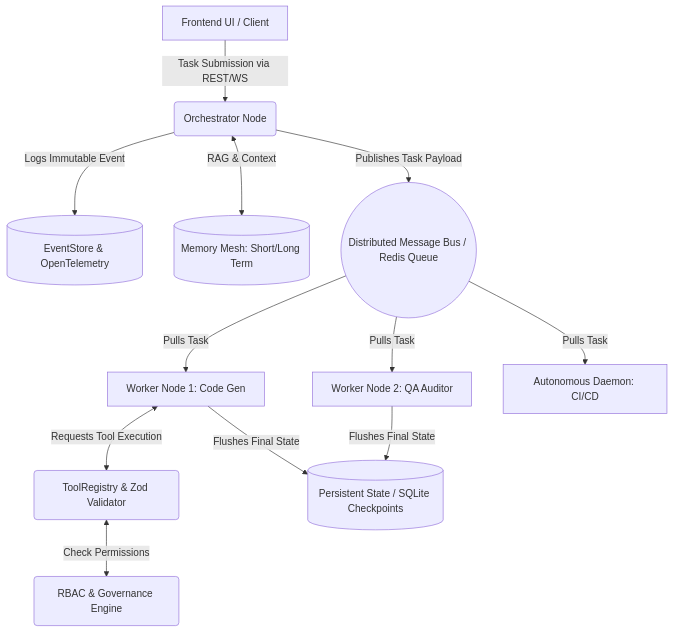
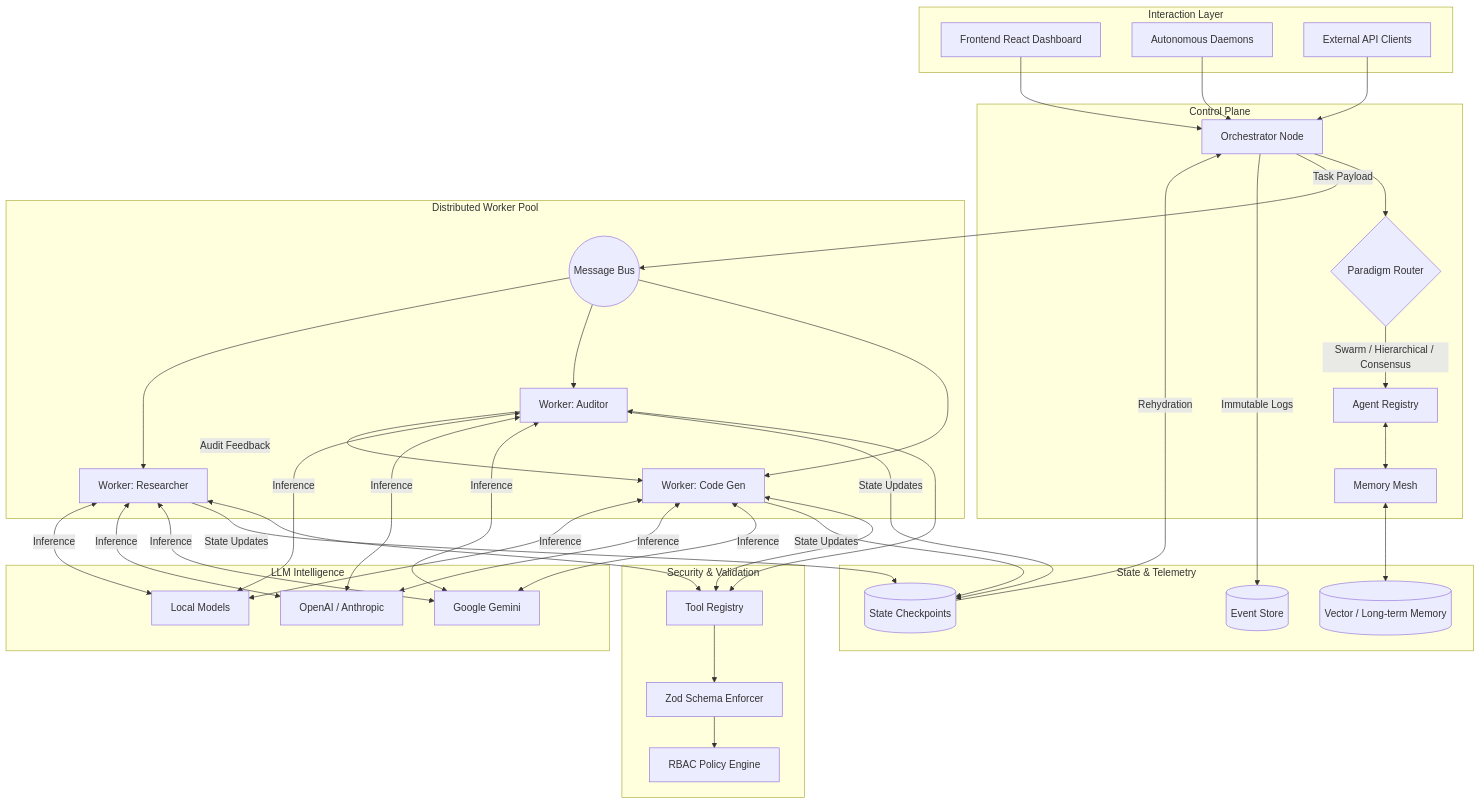
The diagram in README.md (vinoth2vinoth/Orchestra), drawn with Mermaid before and after one commit. The commit also changed other lines of this file and 8 other files, not shown here.

````diff
--- a/README.md
+++ b/README.md
@@ -65,24 +65,61 @@
 ```mermaid
-graph TD;
-    A[Frontend UI / Client] -->|Task Submission via REST/WS| B(Orchestrator Node);
+graph TB
+    subgraph Client_Layer [Interaction Layer]
+        A[Frontend React Dashboard]
+        B[Autonomous Daemons]
+        C[External API Clients]
+    end
 
-    %% Event Sourcing & Memory
-    B -->|Logs Immutable Event| C[(EventStore & OpenTelemetry)];
-    B <-->|RAG & Context| M[(Memory Mesh: Short/Long Term)];
+    subgraph Orchestration_Layer [Control Plane]
+        D[Orchestrator Node]
+        E{Paradigm Router}
+        F[Agent Registry]
+        G[Memory Mesh]
+    end
 
-    %% Message Queue
-    B -->|Publishes Task Payload| D((Distributed Message Bus / Redis Queue));
+    subgraph Execution_Layer [Distributed Worker Pool]
+        H((Message Bus))
+        I[Worker: Code Gen]
+        J[Worker: Auditor]
+        K[Worker: Researcher]
+    end
 
-    %% Execution Layer
-    D -->|Pulls Task| E[Worker Node 1: Code Gen];
-    D -->|Pulls Task| F[Worker Node 2: QA Auditor];
-    D -->|Pulls Task| G[Autonomous Daemon: CI/CD];
+    subgraph Governance_Layer [Security & Validation]
+        L[Tool Registry]
+        M[Zod Schema Enforcer]
+        N[RBAC Policy Engine]
+    end
 
-    %% Tool & Governance Verification
-    E <-->|Requests Tool Execution| H(ToolRegistry & Zod Validator);
-    H <-->|Check Permissions| S(RBAC & Governance Engine);
+    subgraph Persistence_Layer [State & Telemetry]
+        O[(Event Store)]
+        P[(State Checkpoints)]
+        Q[(Vector / Long-term Memory)]
+    end
 
-    %% Checkpoint Resilience
-    E -->|Flushes Final State| I[(Persistent State / SQLite Checkpoints)];
-    F -->|Flushes Final State| I;
+    subgraph Provider_Layer [LLM Intelligence]
+        R[Google Gemini]
+        S[OpenAI / Anthropic]
+        T[Local Models]
+    end
+
+    %% Flow
+    A & B & C --> D
+    D --> E
+    E -->|Swarm / Hierarchical / Consensus| F
+    F <--> G
+    D -->|Task Payload| H
+    H --> I & J & K
+    
+    I & J & K <--> L
+    L --> M --> N
+    
+    I & J & K -->|State Updates| P
+    D -->|Immutable Logs| O
+    G <--> Q
+    
+    I & J & K <-->|Inference| R & S & T
+
+    %% Feedback loops
+    J -->|Audit Feedback| I
+    P -->|Rehydration| D
 ```
````
